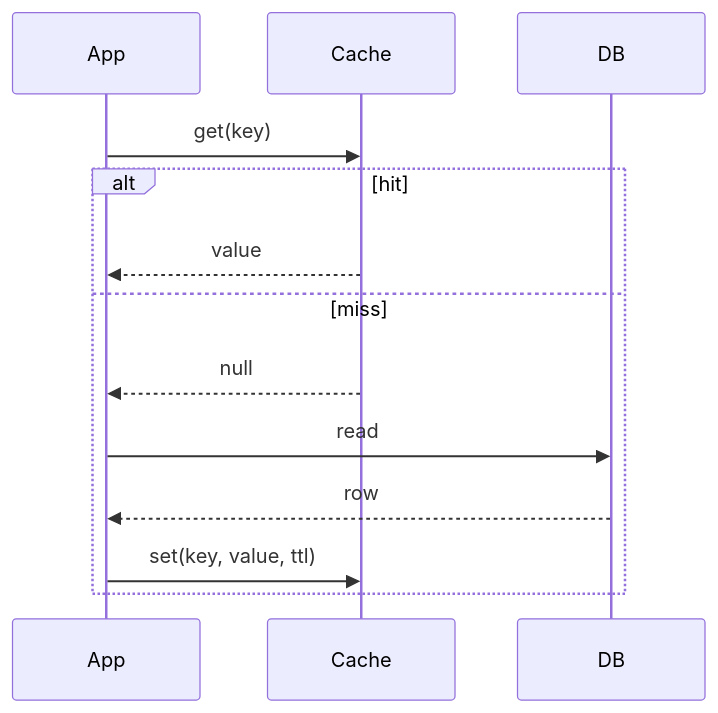
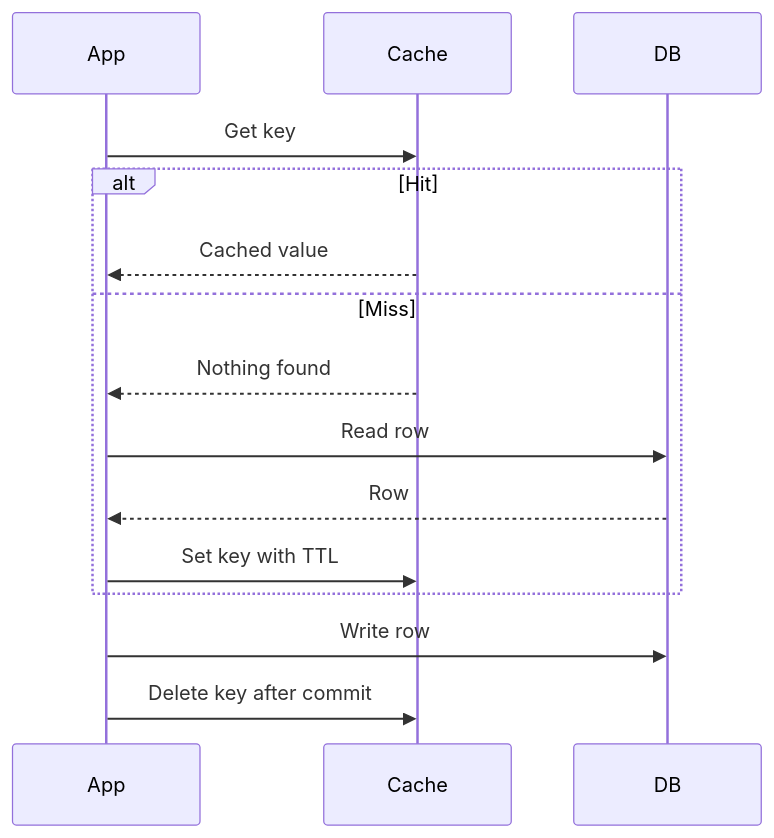
One commit to AthiraMohan14/Complete-Java-Resource-PlayBook changed the diagram in docs/learning/12-caching-performance/distributed-caching.md. Above: the diagram before and after it, drawn with Mermaid. The commit also changed other lines of this file and 174 other files, not shown here.

````diff
--- a/docs/learning/12-caching-performance/distributed-caching.md
+++ b/docs/learning/12-caching-performance/distributed-caching.md
@@ -37,15 +21,17 @@
 ```mermaid
 sequenceDiagram
     participant App
     participant Cache
     participant DB
-    App->>Cache: get(key)
-    alt hit
-        Cache-->>App: value
-    else miss
-        Cache-->>App: null
-        App->>DB: read
-        DB-->>App: row
-        App->>Cache: set(key, value, ttl)
+    App->>Cache: Get key
+    alt Hit
+        Cache-->>App: Cached value
+    else Miss
+        Cache-->>App: Nothing found
+        App->>DB: Read row
+        DB-->>App: Row
+        App->>Cache: Set key with TTL
     end
+    App->>DB: Write row
+    App->>Cache: Delete key after commit
 ```
````
